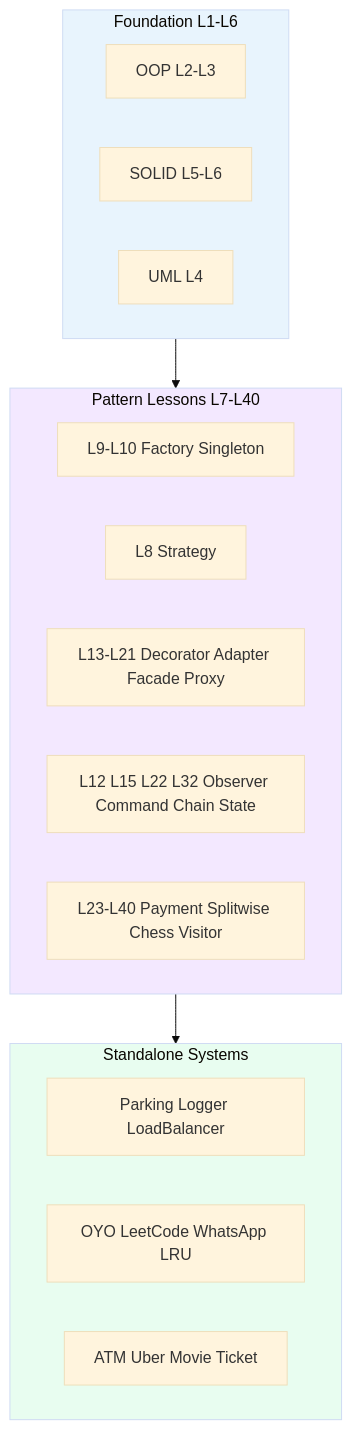
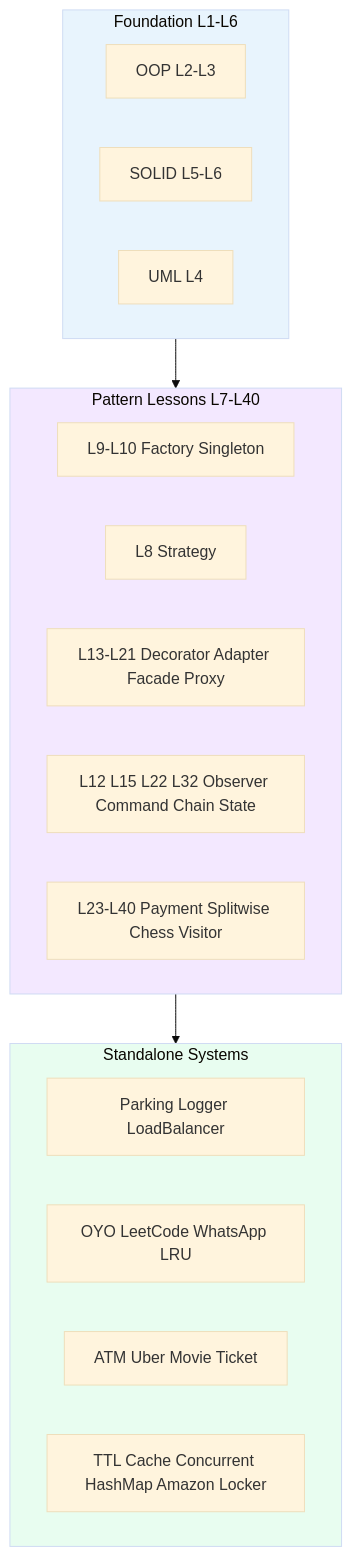
The first of 21 diagrams in PROJECT_DESIGN_PATTERNS.md (subhm2004/LLD), drawn with Mermaid (base theme) before and after one commit. The commit also changed other lines of this file, not shown here.

````diff
--- a/PROJECT_DESIGN_PATTERNS.md
+++ b/PROJECT_DESIGN_PATTERNS.md
@@ -39,29 +40,30 @@
 ```mermaid
 flowchart TB
     subgraph foundation [Foundation L1-L6]
         OOP[OOP L2-L3]
         SOLID[SOLID L5-L6]
         UML[UML L4]
     end
 
     subgraph lessons [Pattern Lessons L7-L40]
         CRE[L9-L10 Factory Singleton]
         STR[L8 Strategy]
         STRUCT[L13-L21 Decorator Adapter Facade Proxy]
         BEH[L12 L15 L22 L32 Observer Command Chain State]
         ADV[L23-L40 Payment Splitwise Chess Visitor]
     end
 
     subgraph systems [Standalone Systems]
         CORE[Parking Logger LoadBalancer]
         APP[OYO LeetCode WhatsApp LRU]
         DOMAIN[ATM Uber Movie Ticket]
+        INFRA[TTL Cache Concurrent HashMap Amazon Locker]
     end
 
     foundation --> lessons
     lessons --> systems
 
     style foundation fill:#e8f4fd
     style lessons fill:#f3e8ff
     style systems fill:#e8fdf0
 ```
````
